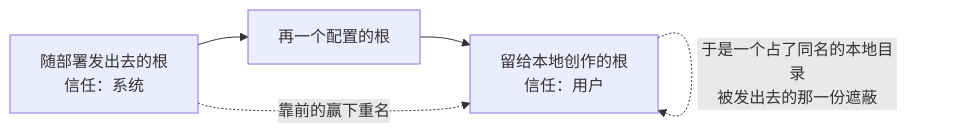
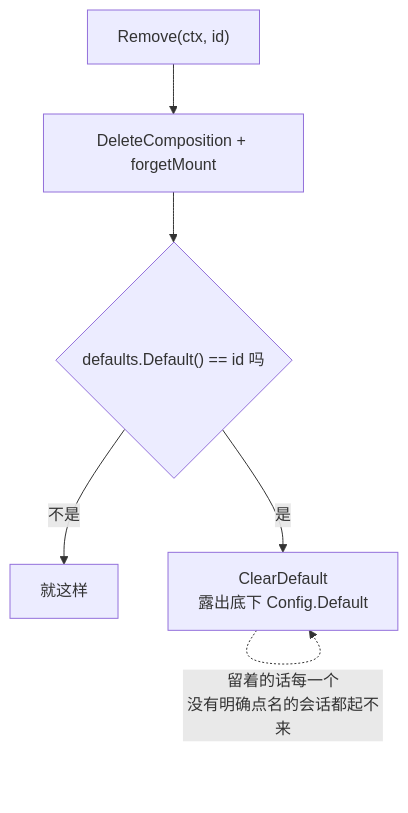
Before and after one commit to snight1983/ds-harness-go: diagram 14 of 25 in docs/modules/presets.md, drawn with Mermaid. The commit also changed other lines of this file and 25 other files, not shown here.

````diff
--- a/docs/modules/presets.md
+++ b/docs/modules/presets.md
@@ -143,6 +269,8 @@
 ```mermaid
-flowchart LR
-    R1["随部署发出去的根<br/>信任：系统"] --> R2["再一个配置的根"] --> R3["留给本地创作的根<br/>信任：用户"]
-    R1 -.->|"靠前的赢下重名"| R3
-    R3 -.->|"于是一个占了同名的本地目录<br/>被发出去的那一份遮蔽"| R3
+flowchart TD
+    A["Remove(ctx, id)"] --> B["DeleteComposition + forgetMount"]
+    B --> C{"defaults.Default() == id 吗"}
+    C -->|"不是"| D["就这样"]
+    C -->|"是"| E["ClearDefault<br/>露出底下 Config.Default"]
+    E -.->|"留着的话每一个<br/>没有明确点名的会话都起不来"| E
 ```
````
